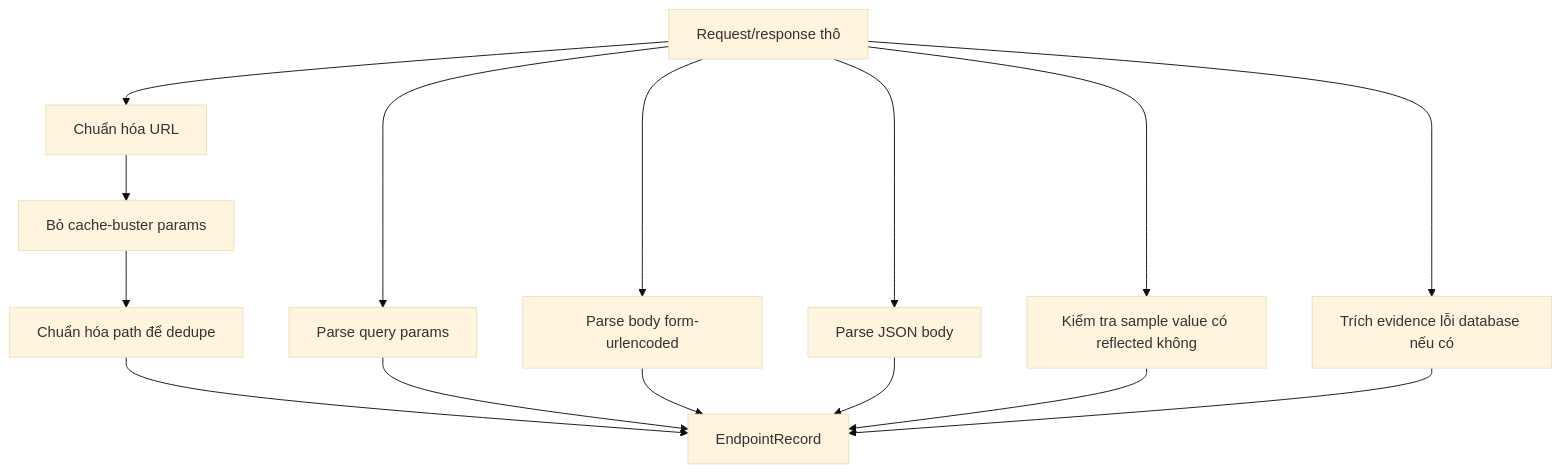
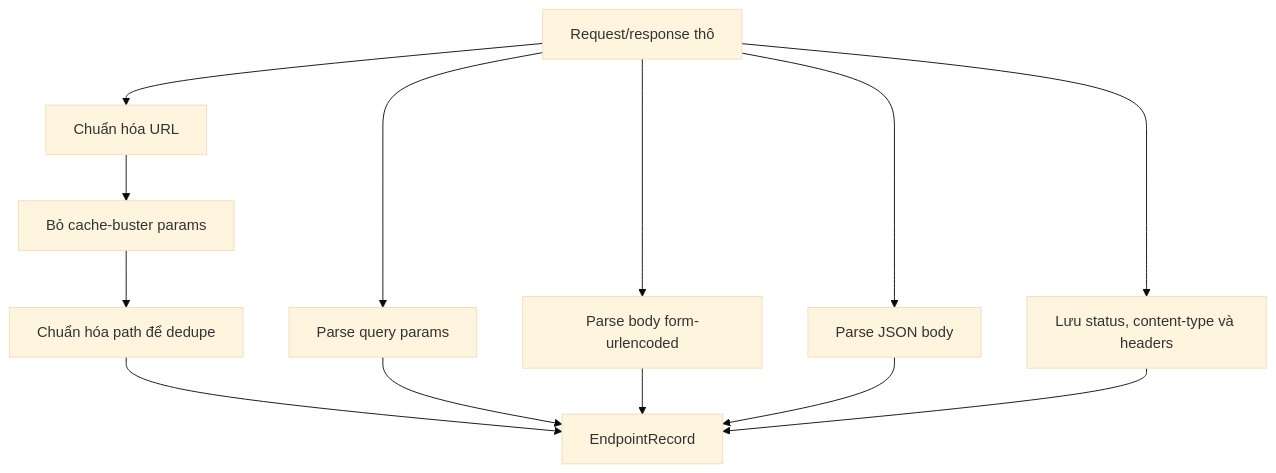
One commit to penguino7/toolkiemthu changed the fifth of 8 diagrams in recontool/RECON_FLOW.md. Above: the diagram before and after it, drawn with Mermaid (base theme). The commit also changed other lines of this file and 17 other files, not shown here.

````diff
--- a/recontool/RECON_FLOW.md
+++ b/recontool/RECON_FLOW.md
@@ -90,20 +85,18 @@
 ```mermaid
 flowchart TD
     A[Request/response thô] --> B[Chuẩn hóa URL]
     B --> C[Bỏ cache-buster params]
     C --> D[Chuẩn hóa path để dedupe]
 
     A --> E[Parse query params]
     A --> F[Parse body form-urlencoded]
     A --> G[Parse JSON body]
 
-    A --> H[Kiểm tra sample value có reflected không]
-    A --> I[Trích evidence lỗi database nếu có]
+    A --> H[Lưu status, content-type và headers]
 
     D --> J[EndpointRecord]
     E --> J
     F --> J
     G --> J
     H --> J
-    I --> J
 ```
````
